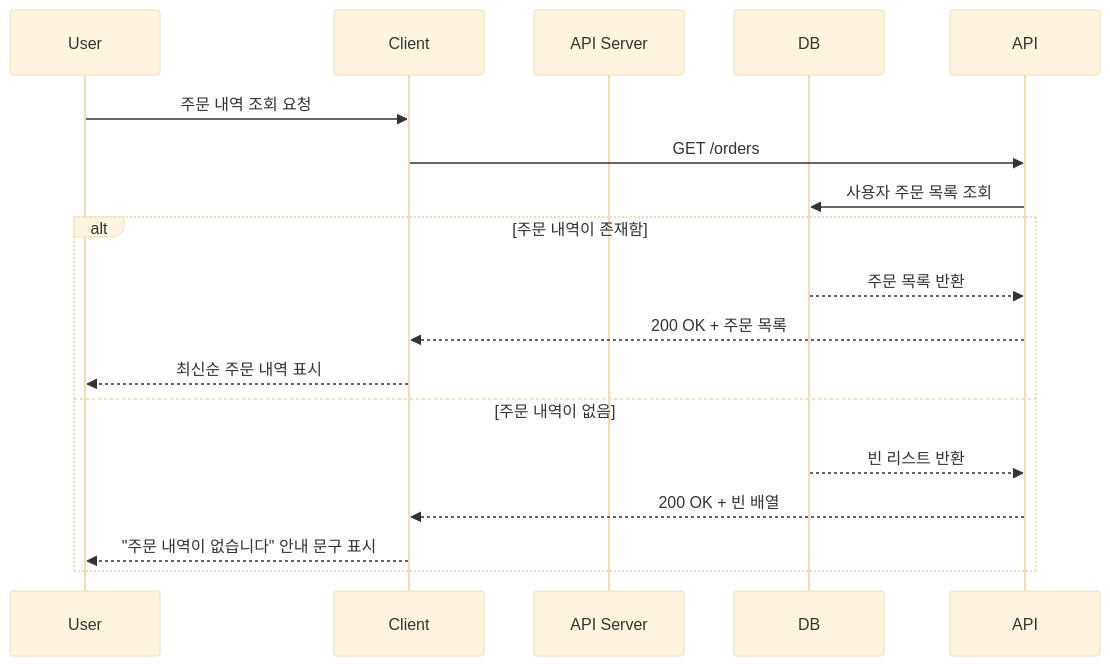
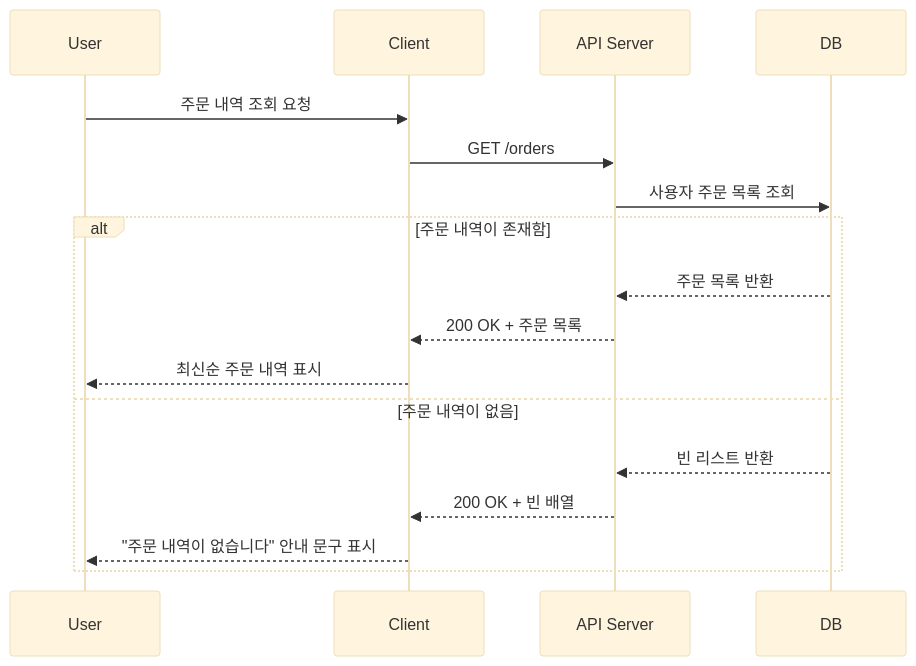
One commit to HuijinKang/loopers-e-commerce changed the ninth of 9 diagrams in docs/design/02-sequence-diagrams.md. Above: the diagram before and after it, drawn with Mermaid (base theme).

Commit message:
update: 시퀀스 다이어그램 1차 수정

````diff
--- a/docs/design/02-sequence-diagrams.md
+++ b/docs/design/02-sequence-diagrams.md
@@ -260,23 +260,23 @@
 ```mermaid
 sequenceDiagram
     participant User
     participant Client
-    participant API Server
+    participant API_Server as API Server
     participant DB 
 
     User->>Client: 주문 내역 조회 요청
-    Client->>API: GET /orders
+    Client->>API_Server: GET /orders
 
-    API->>DB: 사용자 주문 목록 조회
+    API_Server->>DB: 사용자 주문 목록 조회
 
     alt 주문 내역이 존재함
-        DB-->>API: 주문 목록 반환
-        API-->>Client: 200 OK + 주문 목록
+        DB-->>API_Server: 주문 목록 반환
+        API_Server-->>Client: 200 OK + 주문 목록
         Client-->>User: 최신순 주문 내역 표시
     else 주문 내역이 없음
-        DB-->>API: 빈 리스트 반환
-        API-->>Client: 200 OK + 빈 배열
+        DB-->>API_Server: 빈 리스트 반환
+        API_Server-->>Client: 200 OK + 빈 배열
         Client-->>User: "주문 내역이 없습니다" 안내 문구 표시
     end
 
 ```
````
